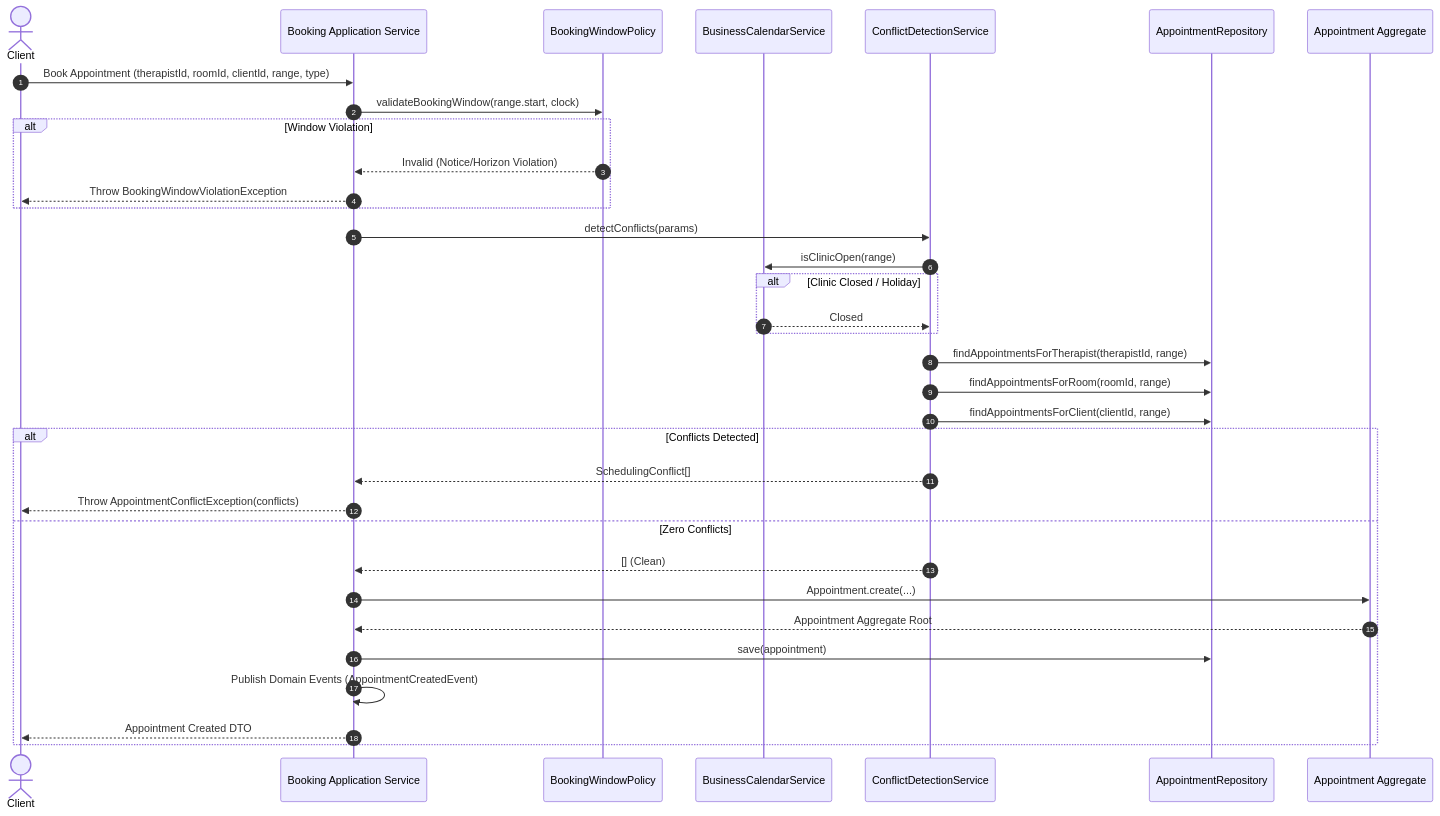
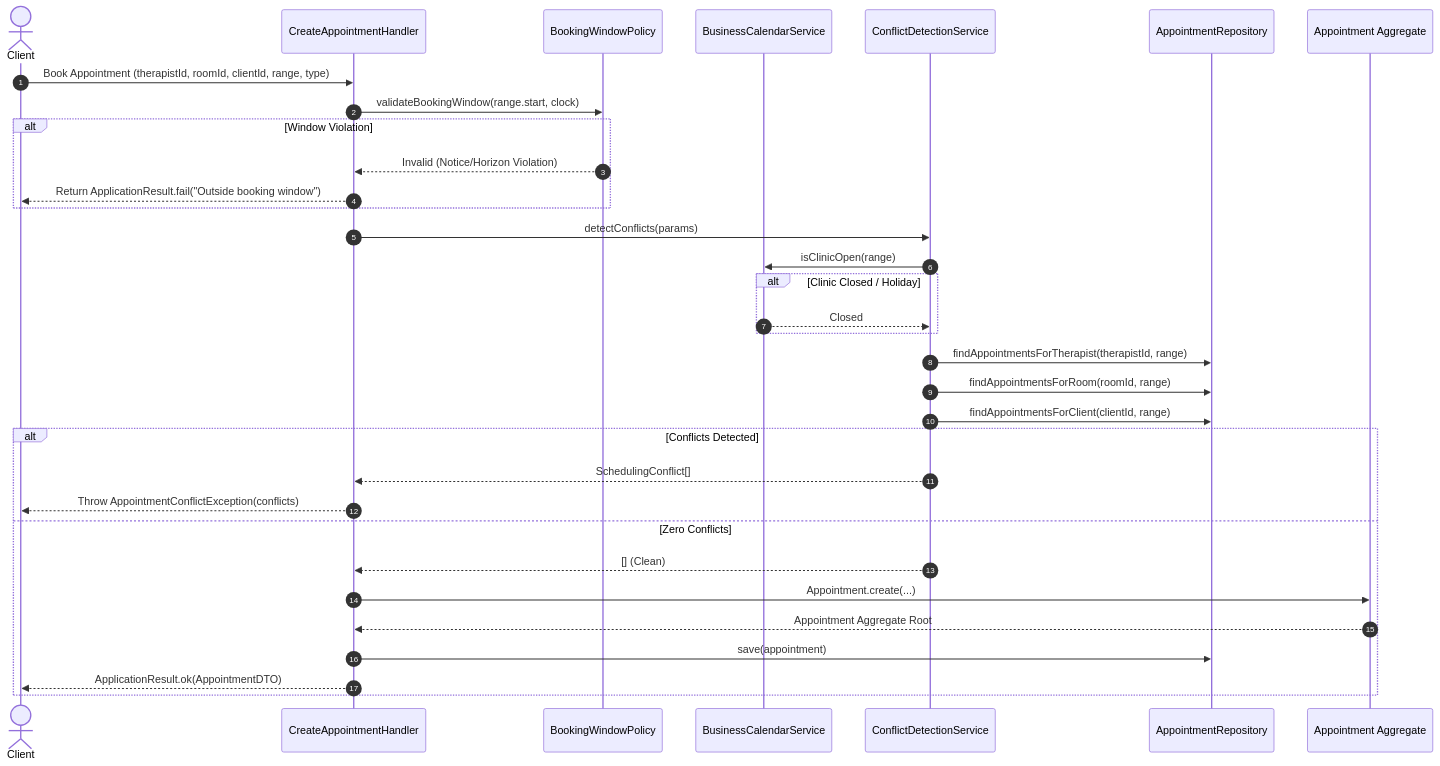
The diagram in docs/scheduling/scheduling-workflow.md (izzydin/kinergy-platform), drawn with Mermaid before and after one commit. The commit also changed other lines of this file and 9 other files, not shown here.

````diff
--- a/docs/scheduling/scheduling-workflow.md
+++ b/docs/scheduling/scheduling-workflow.md
@@ -5,40 +18,39 @@
 ```mermaid
 sequenceDiagram
     autonumber
     actor Client
-    participant UseCase as Booking Application Service
+    participant UseCase as CreateAppointmentHandler
     participant Policy as BookingWindowPolicy
     participant Calendar as BusinessCalendarService
     participant ConflictService as ConflictDetectionService
     participant ApptRepo as AppointmentRepository
     participant ApptAgg as Appointment Aggregate
 
     Client->>UseCase: Book Appointment (therapistId, roomId, clientId, range, type)
     UseCase->>Policy: validateBookingWindow(range.start, clock)
     alt Window Violation
         Policy-->>UseCase: Invalid (Notice/Horizon Violation)
-        UseCase-->>Client: Throw BookingWindowViolationException
+        UseCase-->>Client: Return ApplicationResult.fail("Outside booking window")
     end
 
     UseCase->>ConflictService: detectConflicts(params)
     ConflictService->>Calendar: isClinicOpen(range)
     alt Clinic Closed / Holiday
         Calendar-->>ConflictService: Closed
     end
 
     ConflictService->>ApptRepo: findAppointmentsForTherapist(therapistId, range)
     ConflictService->>ApptRepo: findAppointmentsForRoom(roomId, range)
     ConflictService->>ApptRepo: findAppointmentsForClient(clientId, range)
 
     alt Conflicts Detected
         ConflictService-->>UseCase: SchedulingConflict[]
         UseCase-->>Client: Throw AppointmentConflictException(conflicts)
     else Zero Conflicts
         ConflictService-->>UseCase: [] (Clean)
         UseCase->>ApptAgg: Appointment.create(...)
         ApptAgg-->>UseCase: Appointment Aggregate Root
         UseCase->>ApptRepo: save(appointment)
-        UseCase->>UseCase: Publish Domain Events (AppointmentCreatedEvent)
-        UseCase-->>Client: Appointment Created DTO
+        UseCase-->>Client: ApplicationResult.ok(AppointmentDTO)
     end
 ```
````
